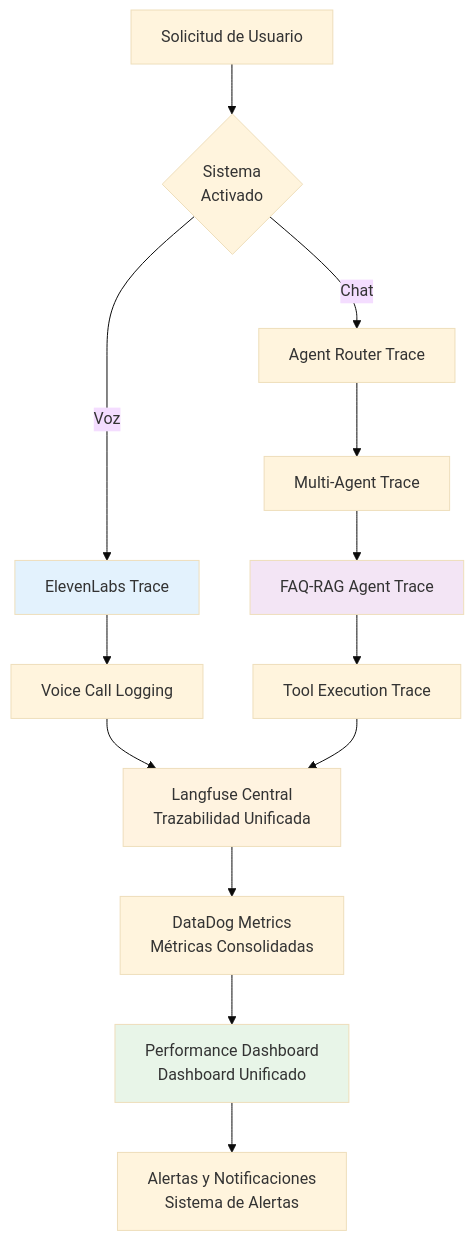
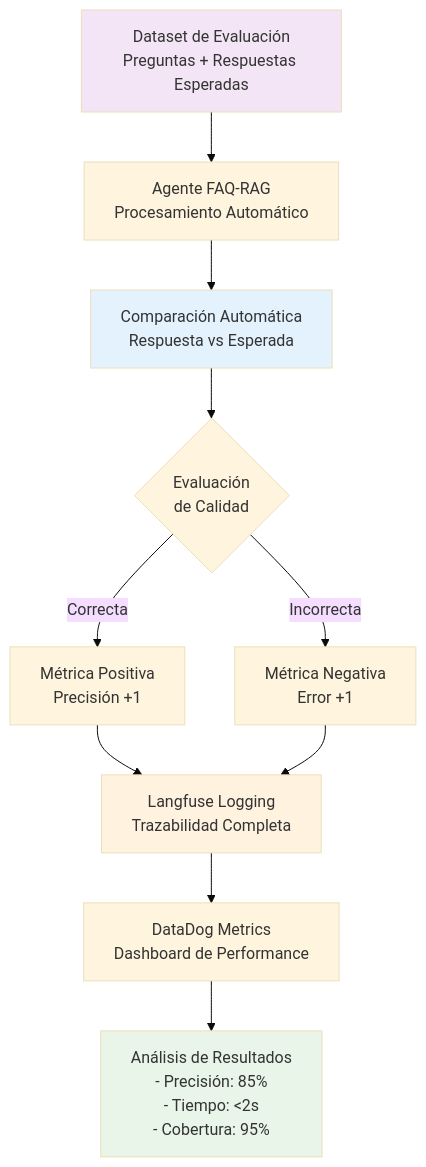
The fifth of 5 diagrams in technical-details.md (danielaloperahernandez/ai-agents-portfolio), drawn with Mermaid (base theme) before and after one commit. The commit also changed other lines of this file, not shown here.

````diff
--- a/technical-details.md
+++ b/technical-details.md
@@ -509,25 +216,23 @@
 ```mermaid
 flowchart TD
-    A[Solicitud de Usuario] --> B{Sistema<br/>Activado}
+    A[Dataset de Evaluación<br/>Preguntas + Respuestas Esperadas] --> B[Agente FAQ-RAG<br/>Procesamiento Automático]
     
-    B -->|Voz| C[ElevenLabs Trace]
-    B -->|Chat| D[Agent Router Trace]
+    B --> C[Comparación Automática<br/>Respuesta vs Esperada]
     
-    C --> E[Voice Call Logging]
-    D --> F[Multi-Agent Trace]
+    C --> D{Evaluación<br/>de Calidad}
     
-    F --> G[FAQ-RAG Agent Trace]
-    G --> H[Tool Execution Trace]
+    D -->|Correcta| E[Métrica Positiva<br/>Precisión +1]
+    D -->|Incorrecta| F[Métrica Negativa<br/>Error +1]
     
-    E --> I[Langfuse Central<br/>Trazabilidad Unificada]
-    H --> I
+    E --> G[Langfuse Logging<br/>Trazabilidad Completa]
+    F --> G
     
-    I --> J[DataDog Metrics<br/>Métricas Consolidadas]
-    J --> K[Performance Dashboard<br/>Dashboard Unificado]
-    K --> L[Alertas y Notificaciones<br/>Sistema de Alertas]
+    G --> H[DataDog Metrics<br/>Dashboard de Performance]
     
+    H --> I[Análisis de Resultados<br/>- Precisión: 85%<br/>- Tiempo: <2s<br/>- Cobertura: 95%]
+    
+    style A fill:#f3e5f5
     style C fill:#e3f2fd
-    style G fill:#f3e5f5
-    style I fill:#fff3e0
-    style K fill:#e8f5e8
+    style G fill:#fff3e0
+    style I fill:#e8f5e8
 ```
````
